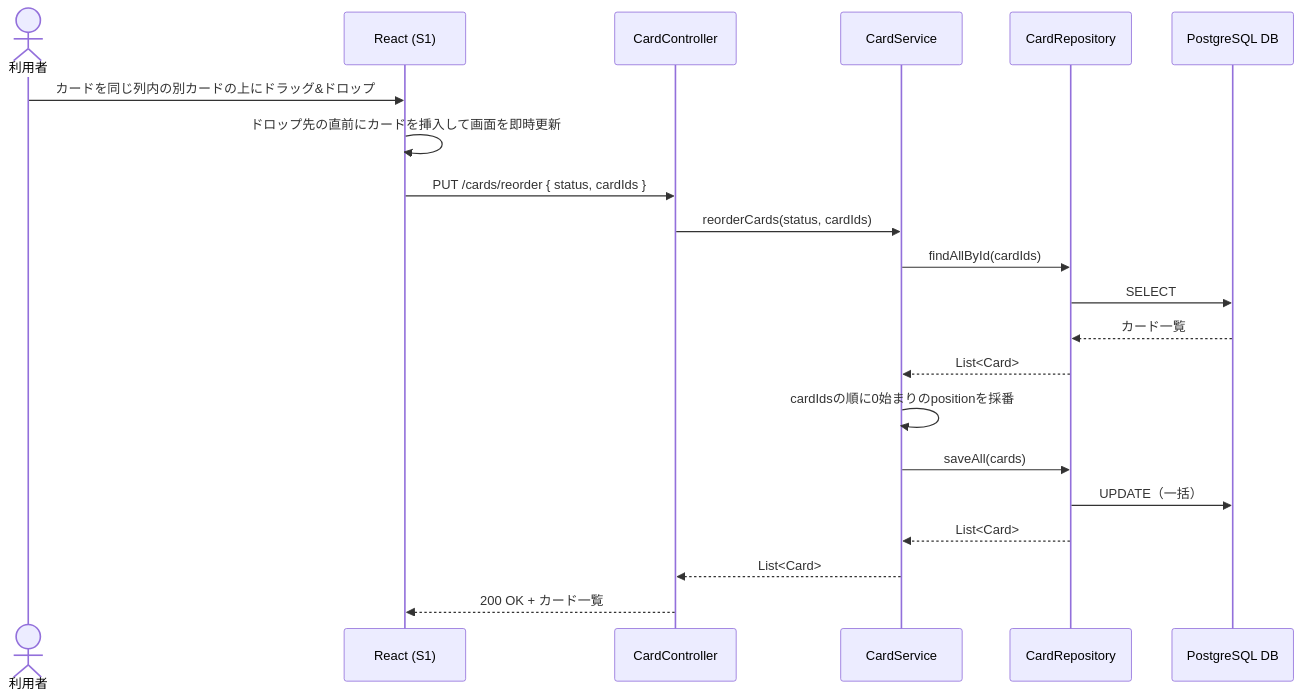
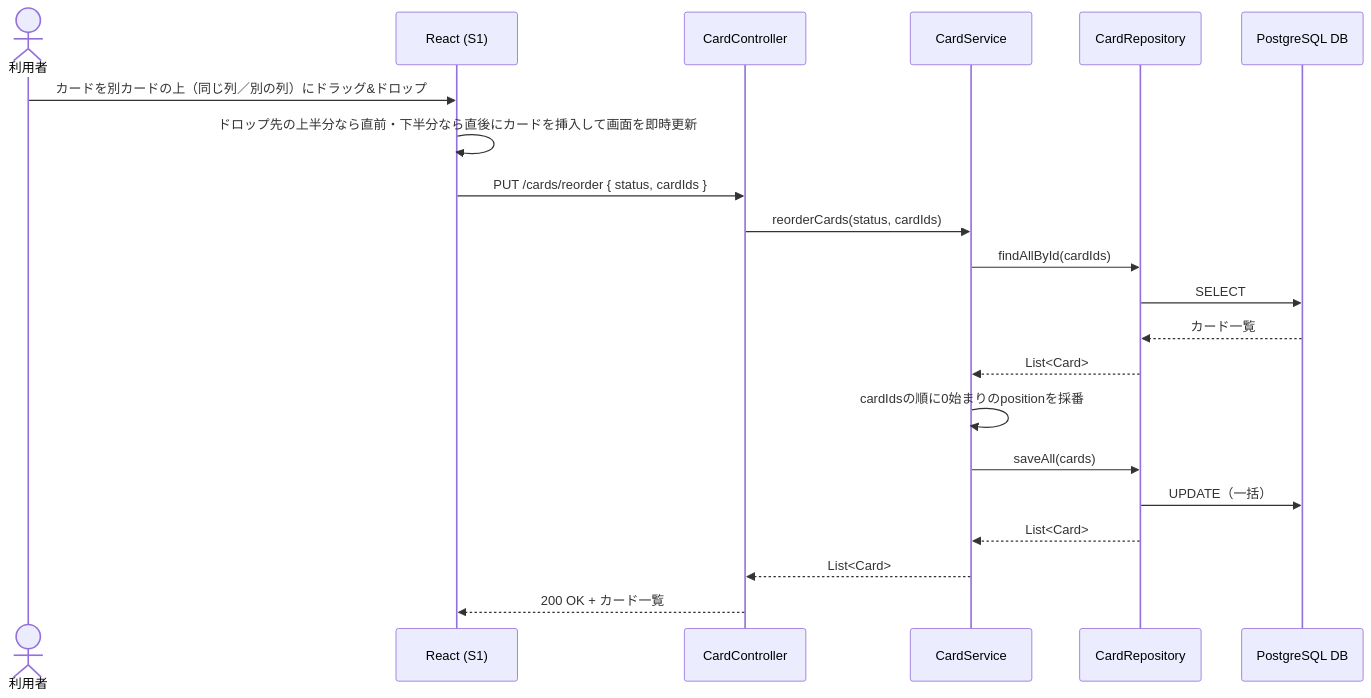
Before and after one commit to takahiromorikawa/TaskManagement: the fifth of 6 diagrams in docs/api.md, drawn with Mermaid. The commit also changed other lines of this file and 6 other files, not shown here.

````diff
--- a/docs/api.md
+++ b/docs/api.md
@@ -132,24 +145,24 @@
 ```mermaid
 sequenceDiagram
     actor User as 利用者
     participant FE as React (S1)
     participant API as CardController
     participant SVC as CardService
     participant REPO as CardRepository
     participant DB as PostgreSQL DB
 
-    User->>FE: カードを同じ列内の別カードの上にドラッグ&ドロップ
-    FE->>FE: ドロップ先の直前にカードを挿入して画面を即時更新
+    User->>FE: カードを別カードの上（同じ列／別の列）にドラッグ&ドロップ
+    FE->>FE: ドロップ先の上半分なら直前・下半分なら直後にカードを挿入して画面を即時更新
     FE->>API: PUT /cards/reorder { status, cardIds }
     API->>SVC: reorderCards(status, cardIds)
     SVC->>REPO: findAllById(cardIds)
     REPO->>DB: SELECT
     DB-->>REPO: カード一覧
     REPO-->>SVC: List<Card>
     SVC->>SVC: cardIdsの順に0始まりのpositionを採番
     SVC->>REPO: saveAll(cards)
     REPO->>DB: UPDATE（一括）
     REPO-->>SVC: List<Card>
     SVC-->>API: List<Card>
     API-->>FE: 200 OK + カード一覧
 ```
````
